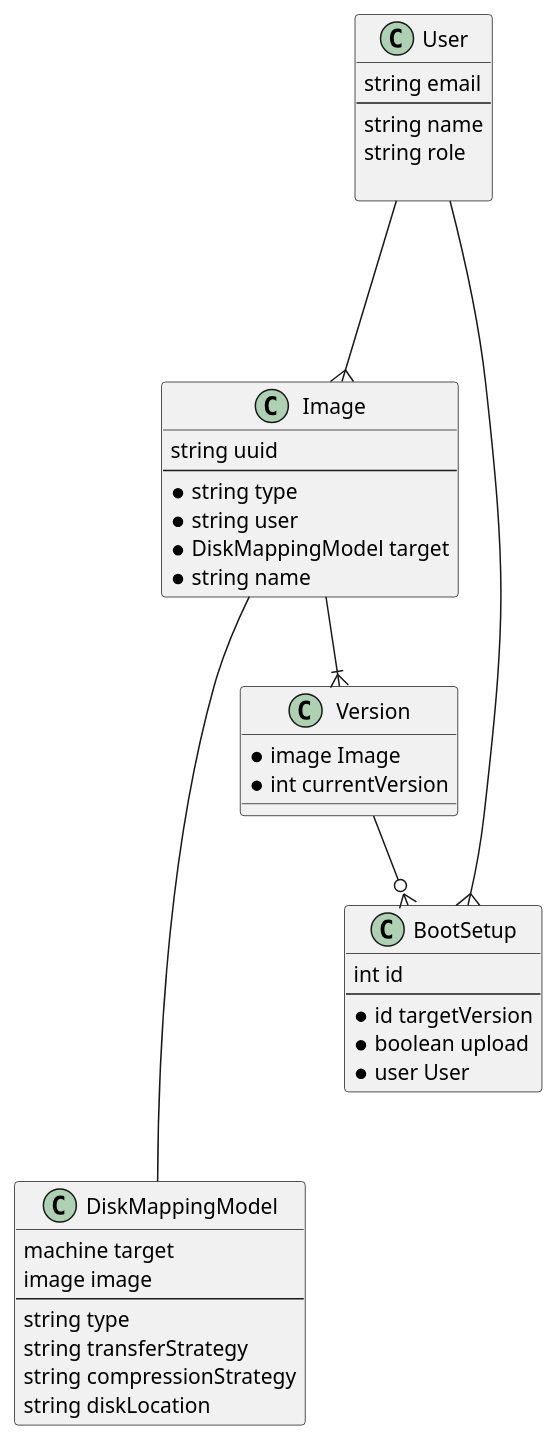
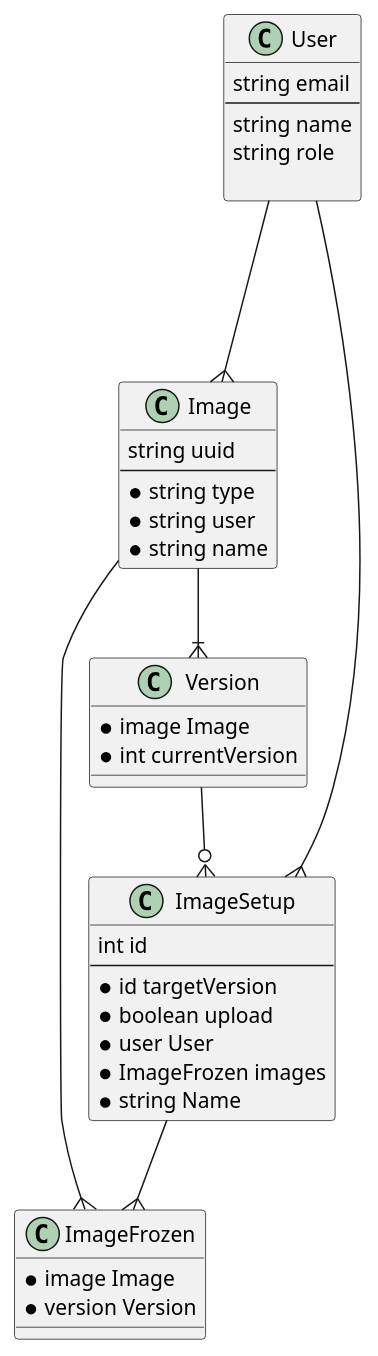
The first of 2 diagrams in docs/general/images.md (baas-project/baas), drawn with PlantUML before and after one commit. The commit also changed other lines of this file and 8 other files, not shown here.

````diff
--- a/docs/general/images.md
+++ b/docs/general/images.md
@@ -10,49 +33,48 @@
 ```plantuml
 
 class Image {
    string uuid
    ---
   * string type
   * string user
-  * DiskMappingModel target
   * string name
 }
 
 class User {
    string email
    ---
    string name
    string role
 
 }
 
-class BootSetup {
+class ImageSetup {
    int id
    ---
    * id targetVersion
    * boolean upload
    * user User
 }
 
 class Version {
    * image Image
    * int currentVersion
 }
 
+class ImageFrozen {
+   * image Image
+   * version Version
+}
 
-class DiskMappingModel {
-   machine target
-   image image
-   ---
-   string type
-   string transferStrategy
-   string compressionStrategy
-   string diskLocation
+class ImageSetup {
+   * ImageFrozen images
+   * string Name
 }
 
 Image --|{ Version
-Version --o{ BootSetup
-User ---{ BootSetup
+Version --o{ ImageSetup
+User ---{ ImageSetup
 User ---{ Image
-Image ---- DiskMappingModel
+Image ---{ ImageFrozen
+ImageSetup --{ ImageFrozen
 ```
````
